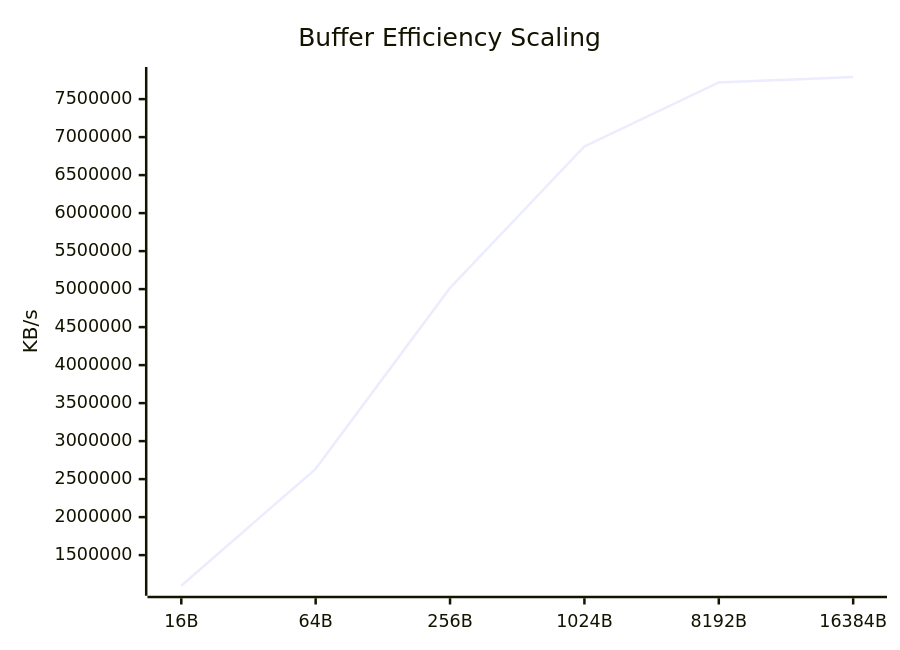
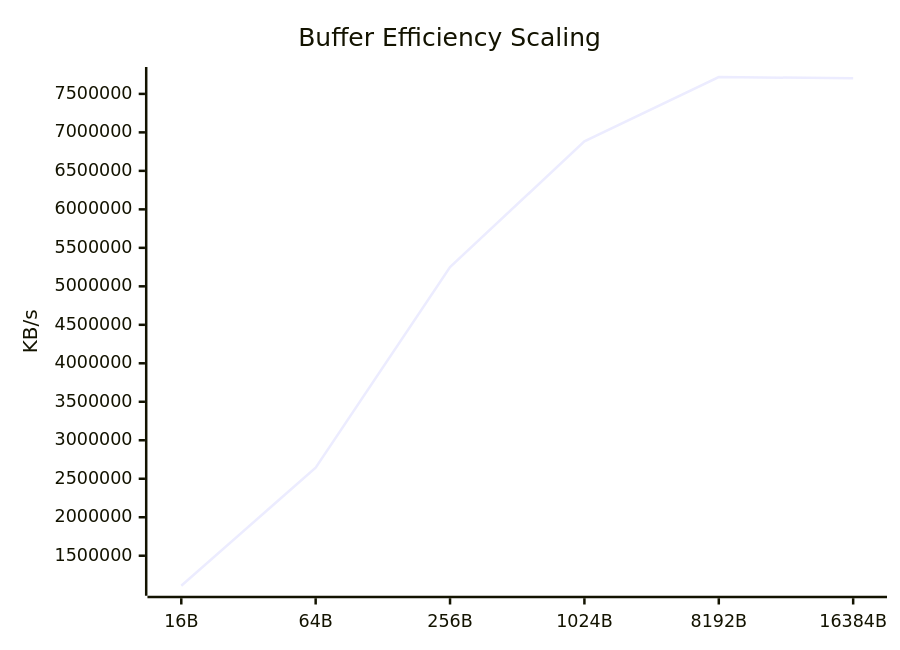
Before and after one commit to taha2samy/openssl_fips: the eighth of 9 diagrams in docs/Comparison_Report.md, drawn with Mermaid. The commit also changed other lines of this file and 2 other files, not shown here.

````diff
--- a/docs/Comparison_Report.md
+++ b/docs/Comparison_Report.md
@@ -118,7 +118,7 @@
 ```mermaid
 xychart-beta
     title "Buffer Efficiency Scaling"
     x-axis [16B, 64B, 256B, 1024B, 8192B, 16384B]
     y-axis "KB/s"
-    line [1096901.38, 2635203.71, 5015989.89, 6877597.18, 7719440.38, 7790903.3]
+    line [1109871.38, 2644074.91, 5249232.13, 6882775.04, 7719448.58, 7702347.78]
 ```
````
